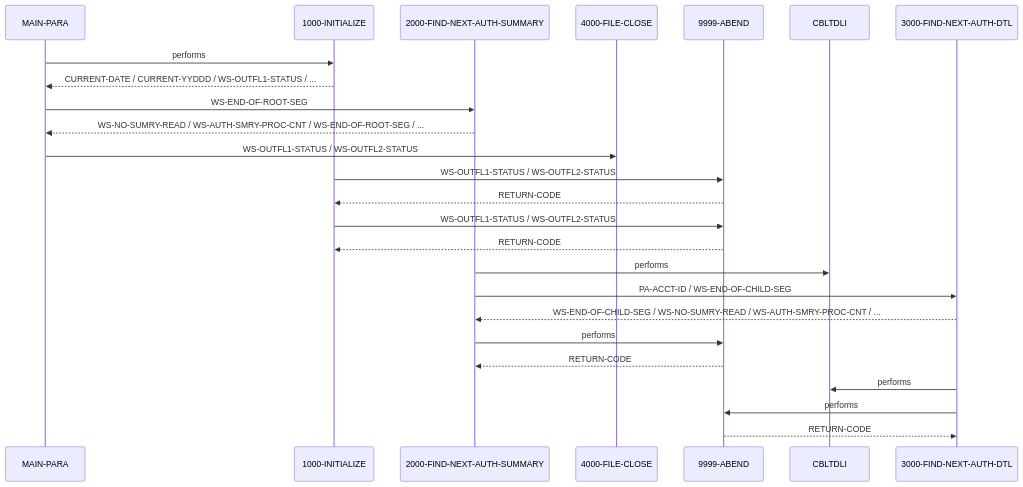
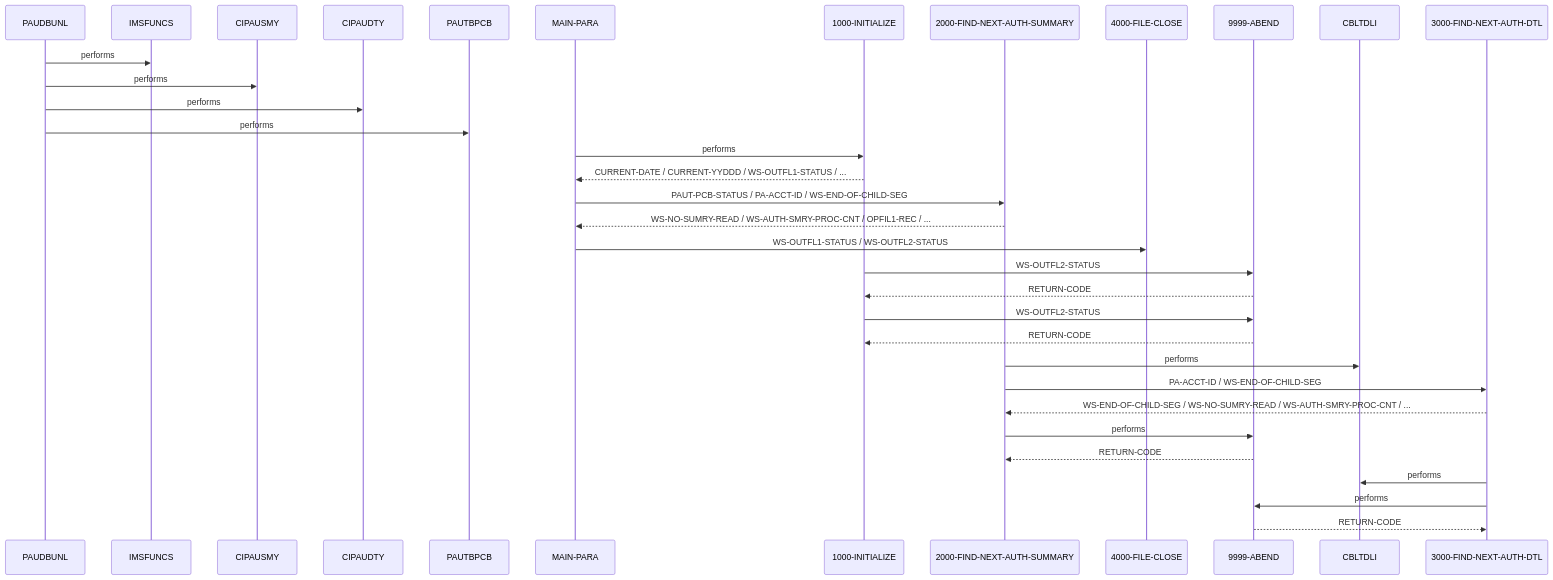
Before and after one commit to andrasfe/war_rig: the second of 2 diagrams in example_output/cbl/PAUDBUNL.CBL.md, drawn with Mermaid. The commit also changed other lines of this file and 283 other files, not shown here.

````diff
--- a/example_output/cbl/PAUDBUNL.CBL.md
+++ b/example_output/cbl/PAUDBUNL.CBL.md
@@ -200,27 +132,36 @@
 ```mermaid
 sequenceDiagram
+    participant PAUDBUNL as PAUDBUNL
+    participant IMSFUNCS as IMSFUNCS
+    participant CIPAUSMY as CIPAUSMY
+    participant CIPAUDTY as CIPAUDTY
+    participant PAUTBPCB as PAUTBPCB
     participant MAIN_PARA as MAIN-PARA
     participant 1000_INITIALIZE as 1000-INITIALIZE
     participant 2000_FIND_NEXT_AUTH_SUMMARY as 2000-FIND-NEXT-AUTH-SUMMARY
     participant 4000_FILE_CLOSE as 4000-FILE-CLOSE
     participant 9999_ABEND as 9999-ABEND
     participant CBLTDLI as CBLTDLI
     participant 3000_FIND_NEXT_AUTH_DTL as 3000-FIND-NEXT-AUTH-DTL
+    PAUDBUNL->>IMSFUNCS: performs
+    PAUDBUNL->>CIPAUSMY: performs
+    PAUDBUNL->>CIPAUDTY: performs
+    PAUDBUNL->>PAUTBPCB: performs
     MAIN_PARA->>1000_INITIALIZE: performs
     1000_INITIALIZE-->>MAIN_PARA: CURRENT-DATE / CURRENT-YYDDD / WS-OUTFL1-STATUS / ...
-    MAIN_PARA->>2000_FIND_NEXT_AUTH_SUMMARY: WS-END-OF-ROOT-SEG
-    2000_FIND_NEXT_AUTH_SUMMARY-->>MAIN_PARA: WS-NO-SUMRY-READ / WS-AUTH-SMRY-PROC-CNT / WS-END-OF-ROOT-SEG / ...
+    MAIN_PARA->>2000_FIND_NEXT_AUTH_SUMMARY: PAUT-PCB-STATUS / PA-ACCT-ID / WS-END-OF-CHILD-SEG
+    2000_FIND_NEXT_AUTH_SUMMARY-->>MAIN_PARA: WS-NO-SUMRY-READ / WS-AUTH-SMRY-PROC-CNT / OPFIL1-REC / ...
     MAIN_PARA->>4000_FILE_CLOSE: WS-OUTFL1-STATUS / WS-OUTFL2-STATUS
-    1000_INITIALIZE->>9999_ABEND: WS-OUTFL1-STATUS / WS-OUTFL2-STATUS
+    1000_INITIALIZE->>9999_ABEND: WS-OUTFL2-STATUS
     9999_ABEND-->>1000_INITIALIZE: RETURN-CODE
-    1000_INITIALIZE->>9999_ABEND: WS-OUTFL1-STATUS / WS-OUTFL2-STATUS
+    1000_INITIALIZE->>9999_ABEND: WS-OUTFL2-STATUS
     9999_ABEND-->>1000_INITIALIZE: RETURN-CODE
     2000_FIND_NEXT_AUTH_SUMMARY->>CBLTDLI: performs
     2000_FIND_NEXT_AUTH_SUMMARY->>3000_FIND_NEXT_AUTH_DTL: PA-ACCT-ID / WS-END-OF-CHILD-SEG
     3000_FIND_NEXT_AUTH_DTL-->>2000_FIND_NEXT_AUTH_SUMMARY: WS-END-OF-CHILD-SEG / WS-NO-SUMRY-READ / WS-AUTH-SMRY-PROC-CNT / ...
     2000_FIND_NEXT_AUTH_SUMMARY->>9999_ABEND: performs
     9999_ABEND-->>2000_FIND_NEXT_AUTH_SUMMARY: RETURN-CODE
     3000_FIND_NEXT_AUTH_DTL->>CBLTDLI: performs
     3000_FIND_NEXT_AUTH_DTL->>9999_ABEND: performs
     9999_ABEND-->>3000_FIND_NEXT_AUTH_DTL: RETURN-CODE
 ```
````
